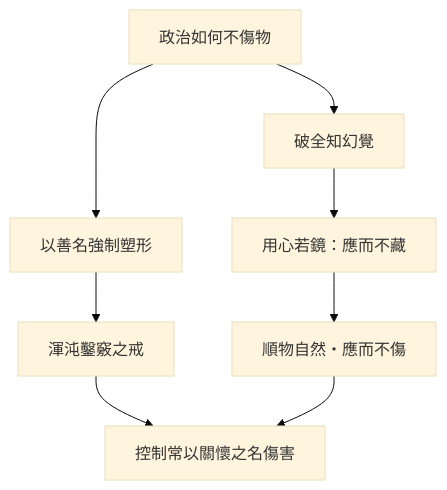
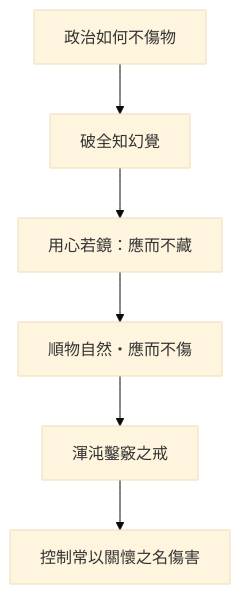
One commit to show0621/zhuangzi-atlas changed the diagram in content/chapters/01-內篇/07-應帝王.md. Above: the diagram before and after it, drawn with Mermaid (base theme). The commit also changed other lines of this file and 35 other files, not shown here.

First line of the commit message:
fix(print): 全書心智圖改單欄並獨頁放大

````diff
--- a/content/chapters/01-內篇/07-應帝王.md
+++ b/content/chapters/01-內篇/07-應帝王.md
@@ -232,10 +232,9 @@
 ```mermaid
 flowchart TB
-  P[政治如何不傷物] --> M[破全知幻覺]
-  M --> J[用心若鏡：應而不藏]
-  J --> N[順物自然・應而不傷]
-  P --> H[以善名強制塑形]
-  H --> C[渾沌鑿竅之戒]
-  C --> R[控制常以關懷之名傷害]
-  N --> R
+  P["政治如何不傷物"]
+  P --> M["破全知幻覺"]
+  M --> J["用心若鏡：應而不藏"]
+  J --> N["順物自然・應而不傷"]
+  N --> C["渾沌鑿竅之戒"]
+  C --> R["控制常以關懷之名傷害"]
 ```
````
